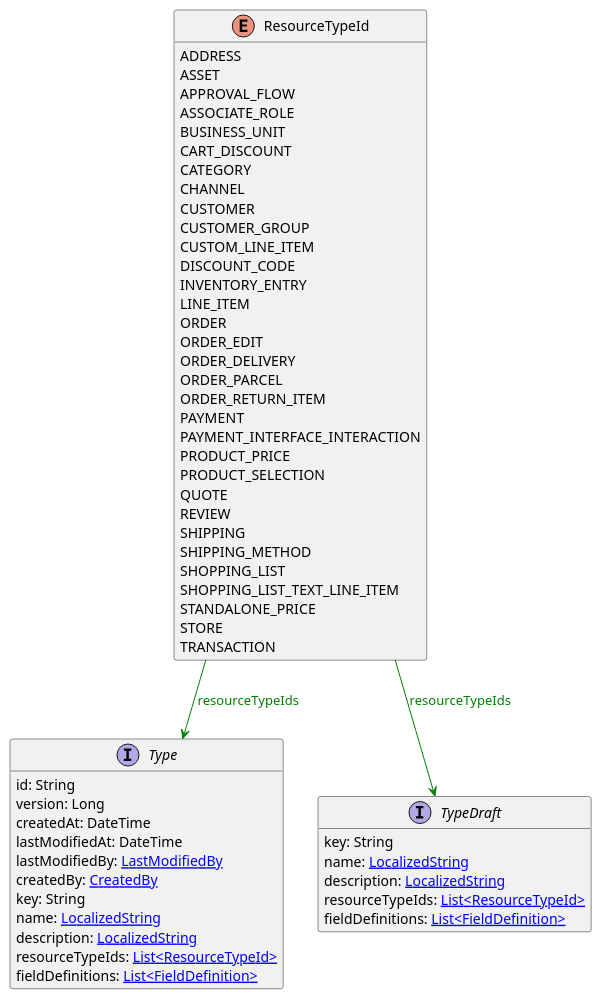
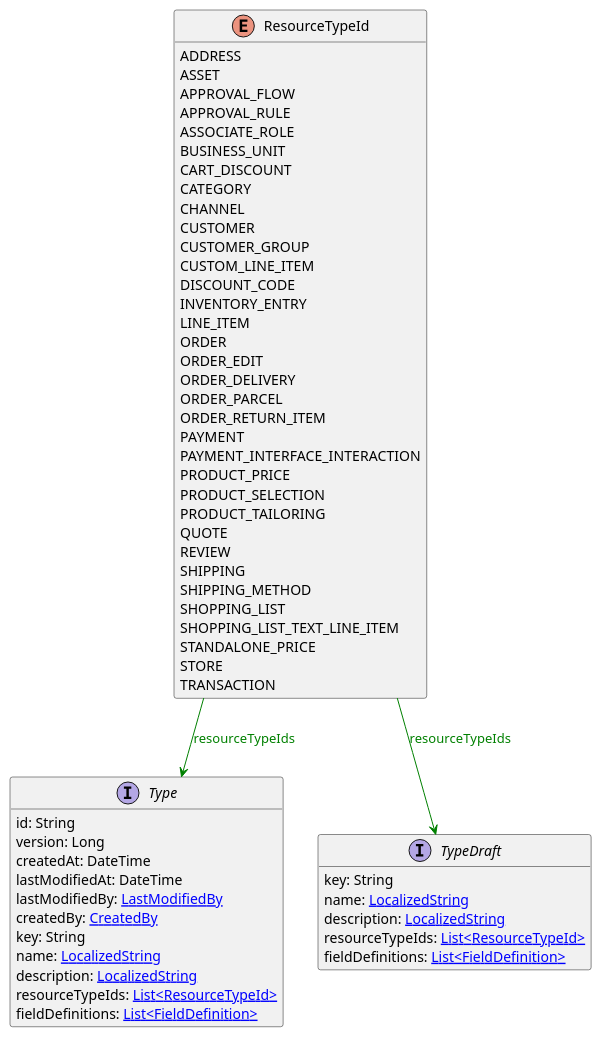
One commit to commercetools/commercetools-api-reference changed the diagram in uml/api/ResourceTypeId.puml. Above: the diagram before and after it, drawn with PlantUML. The commit also changed 2009 other files, not shown here.

```diff
--- a/uml/api/ResourceTypeId.puml
+++ b/uml/api/ResourceTypeId.puml
@@ -1,60 +1,62 @@
 @startuml
 
 hide methods
 enum ResourceTypeId {
     ADDRESS
     ASSET
     APPROVAL_FLOW
+    APPROVAL_RULE
     ASSOCIATE_ROLE
     BUSINESS_UNIT
     CART_DISCOUNT
     CATEGORY
     CHANNEL
     CUSTOMER
     CUSTOMER_GROUP
     CUSTOM_LINE_ITEM
     DISCOUNT_CODE
     INVENTORY_ENTRY
     LINE_ITEM
     ORDER
     ORDER_EDIT
     ORDER_DELIVERY
     ORDER_PARCEL
     ORDER_RETURN_ITEM
     PAYMENT
     PAYMENT_INTERFACE_INTERACTION
     PRODUCT_PRICE
     PRODUCT_SELECTION
+    PRODUCT_TAILORING
     QUOTE
     REVIEW
     SHIPPING
     SHIPPING_METHOD
     SHOPPING_LIST
     SHOPPING_LIST_TEXT_LINE_ITEM
     STANDALONE_PRICE
     STORE
     TRANSACTION
 }
 interface Type [[Type.svg]]  {
     id: String
     version: Long
     createdAt: DateTime
     lastModifiedAt: DateTime
     lastModifiedBy: [[LastModifiedBy.svg LastModifiedBy]]
     createdBy: [[CreatedBy.svg CreatedBy]]
     key: String
     name: [[LocalizedString.svg LocalizedString]]
     description: [[LocalizedString.svg LocalizedString]]
     resourceTypeIds: [[ResourceTypeId.svg List<ResourceTypeId>]]
     fieldDefinitions: [[FieldDefinition.svg List<FieldDefinition>]]
 }
 interface TypeDraft [[TypeDraft.svg]]  {
     key: String
     name: [[LocalizedString.svg LocalizedString]]
     description: [[LocalizedString.svg LocalizedString]]
     resourceTypeIds: [[ResourceTypeId.svg List<ResourceTypeId>]]
     fieldDefinitions: [[FieldDefinition.svg List<FieldDefinition>]]
 }
 ResourceTypeId --> Type #green;text:green : "resourceTypeIds"
 ResourceTypeId --> TypeDraft #green;text:green : "resourceTypeIds"
 @enduml
```
